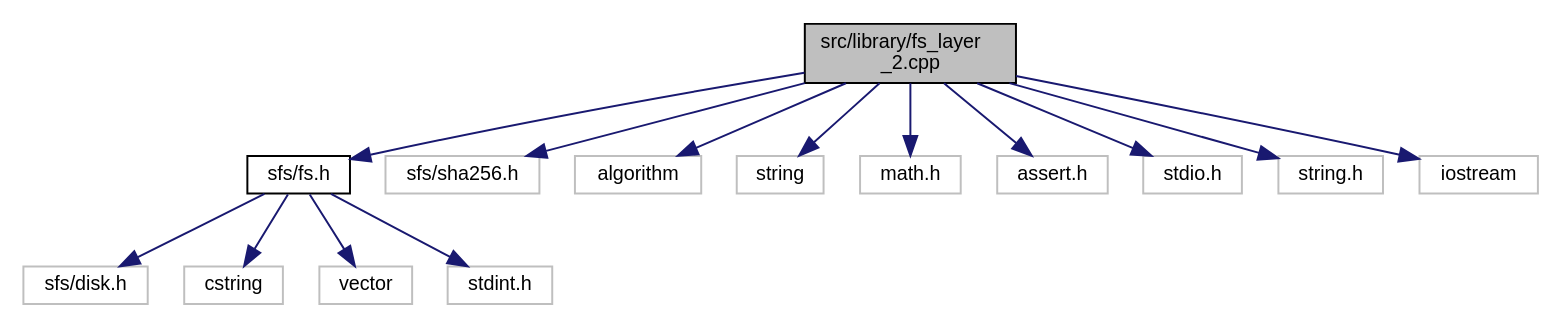
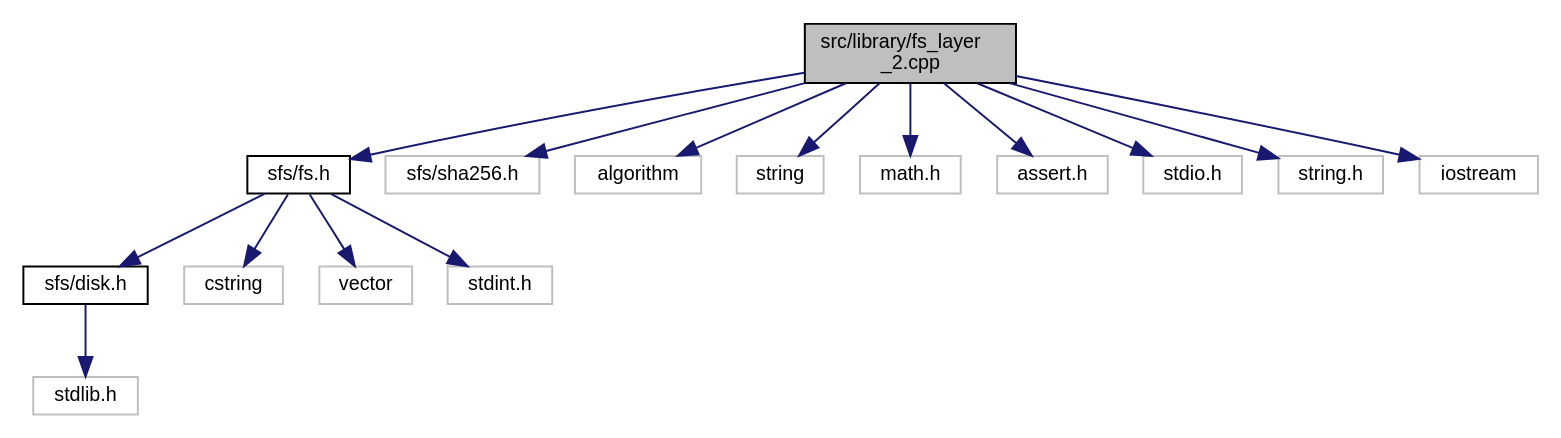
The diagram in docs/fs__layer__2_8cpp__incl.dot (rudradesai200/SimpleFS), drawn with Graphviz before and after one commit. The commit also changed 90 other files, not shown here.

Commit message:
Updated docs to include disk layer

```diff
--- a/docs/fs__layer__2_8cpp__incl.dot
+++ b/docs/fs__layer__2_8cpp__incl.dot
@@ -1,33 +1,35 @@
 digraph "src/library/fs_layer_2.cpp"
 {
  // LATEX_PDF_SIZE
   edge [fontname="Helvetica",fontsize="10",labelfontname="Helvetica",labelfontsize="10"];
   node [fontname="Helvetica",fontsize="10",shape=record];
   Node1 [label="src/library/fs_layer\l_2.cpp",height=0.2,width=0.4,color="black", fillcolor="grey75", style="filled", fontcolor="black",tooltip="Implementation of fs.h layer_2 functions."];
   Node1 -> Node2 [color="midnightblue",fontsize="10",style="solid",fontname="Helvetica"];
   Node2 [label="sfs/fs.h",height=0.2,width=0.4,color="black", fillcolor="white", style="filled",URL="$fs_8h_source.html",tooltip=" "];
   Node2 -> Node3 [color="midnightblue",fontsize="10",style="solid",fontname="Helvetica"];
-  Node3 [label="sfs/disk.h",height=0.2,width=0.4,color="grey75", fillcolor="white", style="filled",tooltip=" "];
-  Node2 -> Node4 [color="midnightblue",fontsize="10",style="solid",fontname="Helvetica"];
-  Node4 [label="cstring",height=0.2,width=0.4,color="grey75", fillcolor="white", style="filled",tooltip=" "];
+  Node3 [label="sfs/disk.h",height=0.2,width=0.4,color="black", fillcolor="white", style="filled",URL="$disk_8h.html",tooltip="Contains the implementation of disk layer to support File System."];
+  Node3 -> Node4 [color="midnightblue",fontsize="10",style="solid",fontname="Helvetica"];
+  Node4 [label="stdlib.h",height=0.2,width=0.4,color="grey75", fillcolor="white", style="filled",tooltip=" "];
   Node2 -> Node5 [color="midnightblue",fontsize="10",style="solid",fontname="Helvetica"];
-  Node5 [label="vector",height=0.2,width=0.4,color="grey75", fillcolor="white", style="filled",tooltip=" "];
+  Node5 [label="cstring",height=0.2,width=0.4,color="grey75", fillcolor="white", style="filled",tooltip=" "];
   Node2 -> Node6 [color="midnightblue",fontsize="10",style="solid",fontname="Helvetica"];
-  Node6 [label="stdint.h",height=0.2,width=0.4,color="grey75", fillcolor="white", style="filled",tooltip=" "];
-  Node1 -> Node7 [color="midnightblue",fontsize="10",style="solid",fontname="Helvetica"];
-  Node7 [label="sfs/sha256.h",height=0.2,width=0.4,color="grey75", fillcolor="white", style="filled",tooltip=" "];
+  Node6 [label="vector",height=0.2,width=0.4,color="grey75", fillcolor="white", style="filled",tooltip=" "];
+  Node2 -> Node7 [color="midnightblue",fontsize="10",style="solid",fontname="Helvetica"];
+  Node7 [label="stdint.h",height=0.2,width=0.4,color="grey75", fillcolor="white", style="filled",tooltip=" "];
   Node1 -> Node8 [color="midnightblue",fontsize="10",style="solid",fontname="Helvetica"];
-  Node8 [label="algorithm",height=0.2,width=0.4,color="grey75", fillcolor="white", style="filled",tooltip=" "];
+  Node8 [label="sfs/sha256.h",height=0.2,width=0.4,color="grey75", fillcolor="white", style="filled",tooltip=" "];
   Node1 -> Node9 [color="midnightblue",fontsize="10",style="solid",fontname="Helvetica"];
-  Node9 [label="string",height=0.2,width=0.4,color="grey75", fillcolor="white", style="filled",tooltip=" "];
+  Node9 [label="algorithm",height=0.2,width=0.4,color="grey75", fillcolor="white", style="filled",tooltip=" "];
   Node1 -> Node10 [color="midnightblue",fontsize="10",style="solid",fontname="Helvetica"];
-  Node10 [label="math.h",height=0.2,width=0.4,color="grey75", fillcolor="white", style="filled",tooltip=" "];
+  Node10 [label="string",height=0.2,width=0.4,color="grey75", fillcolor="white", style="filled",tooltip=" "];
   Node1 -> Node11 [color="midnightblue",fontsize="10",style="solid",fontname="Helvetica"];
-  Node11 [label="assert.h",height=0.2,width=0.4,color="grey75", fillcolor="white", style="filled",tooltip=" "];
+  Node11 [label="math.h",height=0.2,width=0.4,color="grey75", fillcolor="white", style="filled",tooltip=" "];
   Node1 -> Node12 [color="midnightblue",fontsize="10",style="solid",fontname="Helvetica"];
-  Node12 [label="stdio.h",height=0.2,width=0.4,color="grey75", fillcolor="white", style="filled",tooltip=" "];
+  Node12 [label="assert.h",height=0.2,width=0.4,color="grey75", fillcolor="white", style="filled",tooltip=" "];
   Node1 -> Node13 [color="midnightblue",fontsize="10",style="solid",fontname="Helvetica"];
-  Node13 [label="string.h",height=0.2,width=0.4,color="grey75", fillcolor="white", style="filled",tooltip=" "];
+  Node13 [label="stdio.h",height=0.2,width=0.4,color="grey75", fillcolor="white", style="filled",tooltip=" "];
   Node1 -> Node14 [color="midnightblue",fontsize="10",style="solid",fontname="Helvetica"];
-  Node14 [label="iostream",height=0.2,width=0.4,color="grey75", fillcolor="white", style="filled",tooltip=" "];
+  Node14 [label="string.h",height=0.2,width=0.4,color="grey75", fillcolor="white", style="filled",tooltip=" "];
+  Node1 -> Node15 [color="midnightblue",fontsize="10",style="solid",fontname="Helvetica"];
+  Node15 [label="iostream",height=0.2,width=0.4,color="grey75", fillcolor="white", style="filled",tooltip=" "];
 }
```
